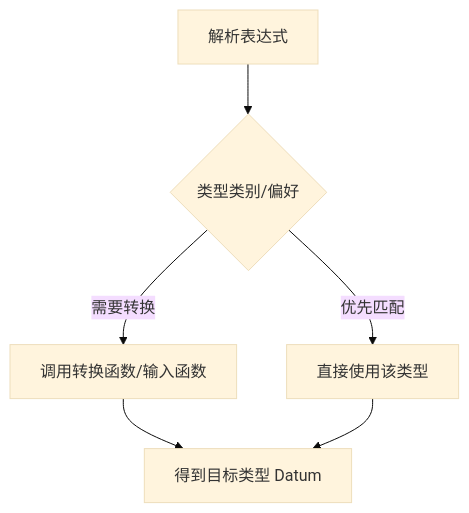
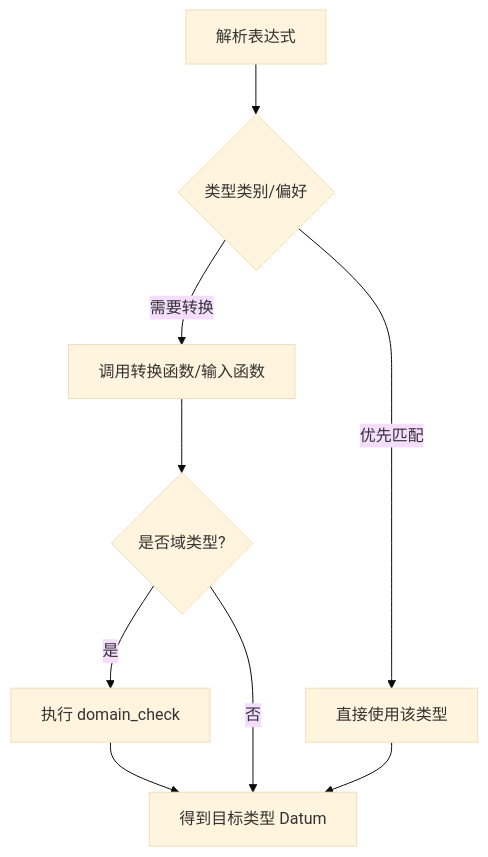
The ninth of 10 diagrams in .qoder/repowiki/zh/content/扩展开发/自定义数据类型.md (chirpyli/minipg), drawn with Mermaid (base theme) before and after one commit. The commit also changed other lines of this file and 362 other files, not shown here.

````diff
--- a/.qoder/repowiki/zh/content/扩展开发/自定义数据类型.md
+++ b/.qoder/repowiki/zh/content/扩展开发/自定义数据类型.md
@@ -284,8 +335,11 @@
 ```mermaid
 flowchart TD
 P["解析表达式"] --> C{"类型类别/偏好"}
 C --> |优先匹配| Direct["直接使用该类型"]
 C --> |需要转换| Cast["调用转换函数/输入函数"]
-Cast --> Result["得到目标类型 Datum"]
+Cast --> Domain{"是否域类型?"}
+Domain --> |是| DomainCheck["执行 domain_check"]
+DomainCheck --> Result["得到目标类型 Datum"]
+Domain --> |否| Result
 Direct --> Result
 ```
````
